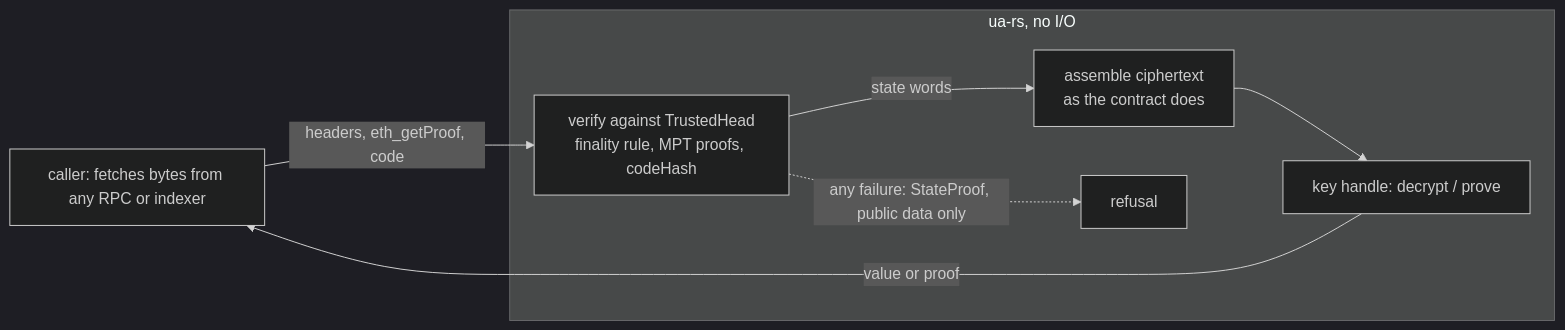
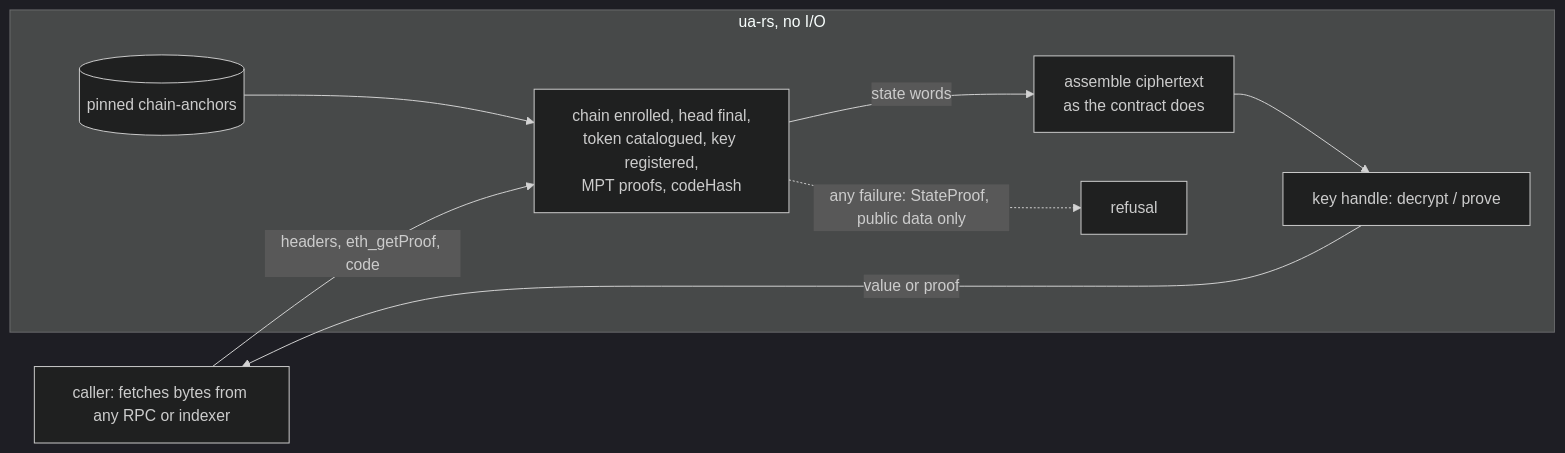
Before and after one commit to dinhduongha/scaas: the diagram in docs/superpowers/specs/2026-11-06-no-decryption-oracle.md, drawn with Mermaid (dark theme). The commit also changed other lines of this file and 1 other file, not shown here.

````diff
--- a/docs/superpowers/specs/2026-11-06-no-decryption-oracle.md
+++ b/docs/superpowers/specs/2026-11-06-no-decryption-oracle.md
@@ -113,10 +120,11 @@
 ```mermaid
 flowchart LR
   APP[caller: fetches bytes from any RPC or indexer] -->|headers, eth_getProof, code| V
   subgraph ua-rs [ua-rs, no I/O]
-    V[verify against TrustedHead<br/>finality rule, MPT proofs, codeHash] -->|state words| A[assemble ciphertext<br/>as the contract does]
+    T[(pinned chain-anchors)] --> V
+    V[chain enrolled, head final,<br/>token catalogued, key registered,<br/>MPT proofs, codeHash] -->|state words| A[assemble ciphertext<br/>as the contract does]
     A --> K[key handle: decrypt / prove]
     V -. any failure: StateProof, public data only .-> R[refusal]
   end
   K -->|value or proof| APP
 ```
````
